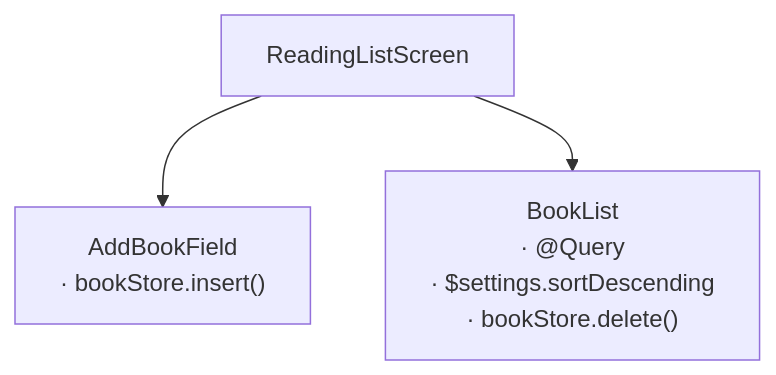
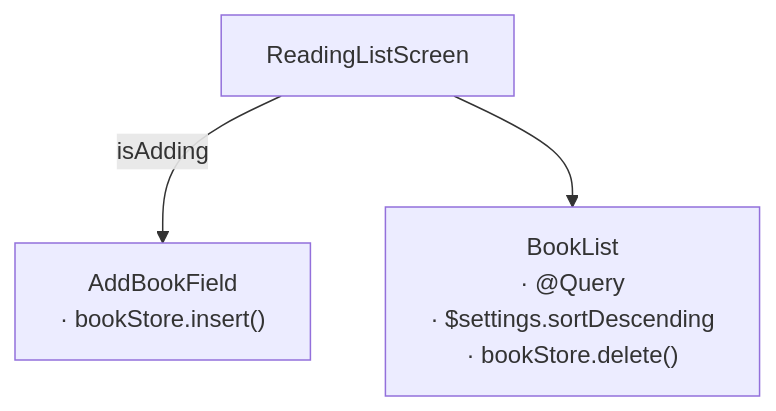
Before and after one commit to sisoje/hypermodular: the diagram in hypermodular/scripts/fixtures/clean/ReadingListScreen/MAP.md, drawn with Mermaid. The commit also changed 11 other files, not shown here.

````diff
--- a/hypermodular/scripts/fixtures/clean/ReadingListScreen/MAP.md
+++ b/hypermodular/scripts/fixtures/clean/ReadingListScreen/MAP.md
@@ -1,6 +1,6 @@
 ```mermaid
 %% Root: ReadingListScreen · Parent: App (../APP-MAP.md)
 flowchart TD
-    ReadingListScreen --> AddBookField["AddBookField<br/>· bookStore.insert()"]
+    ReadingListScreen -->|isAdding| AddBookField["AddBookField<br/>· bookStore.insert()"]
     ReadingListScreen --> BookList["BookList<br/>· @Query<br/>· $settings.sortDescending<br/>· bookStore.delete()"]
 ```
````
